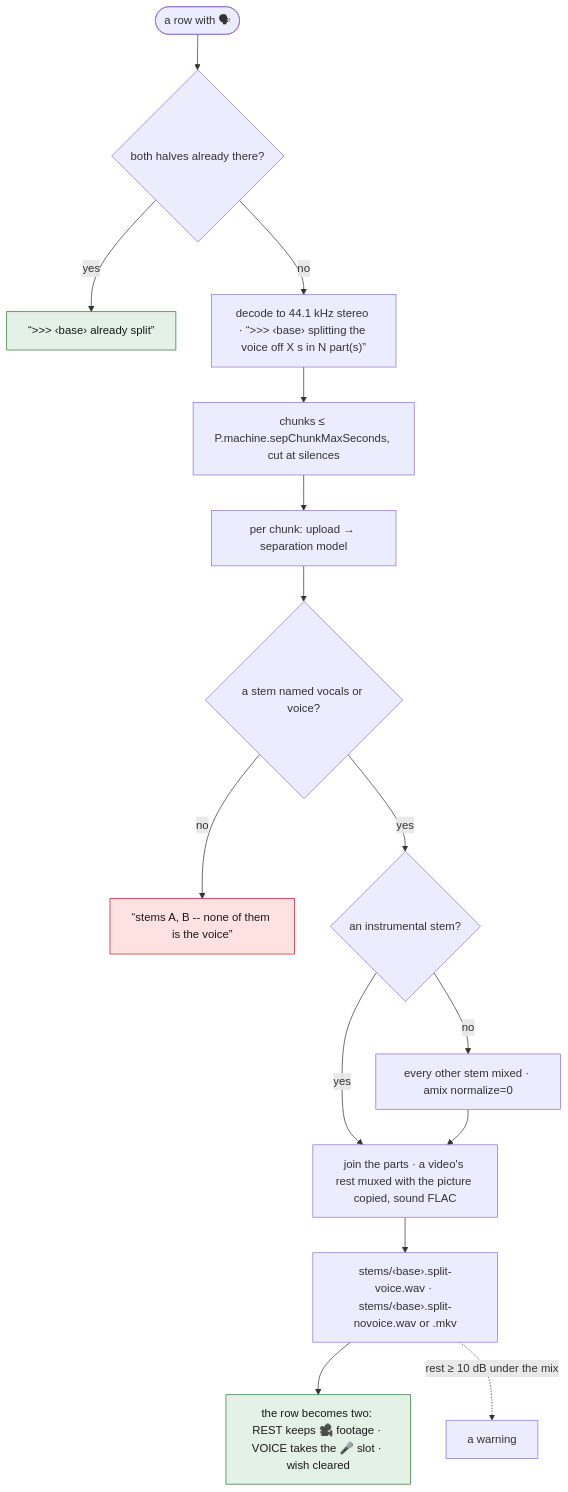
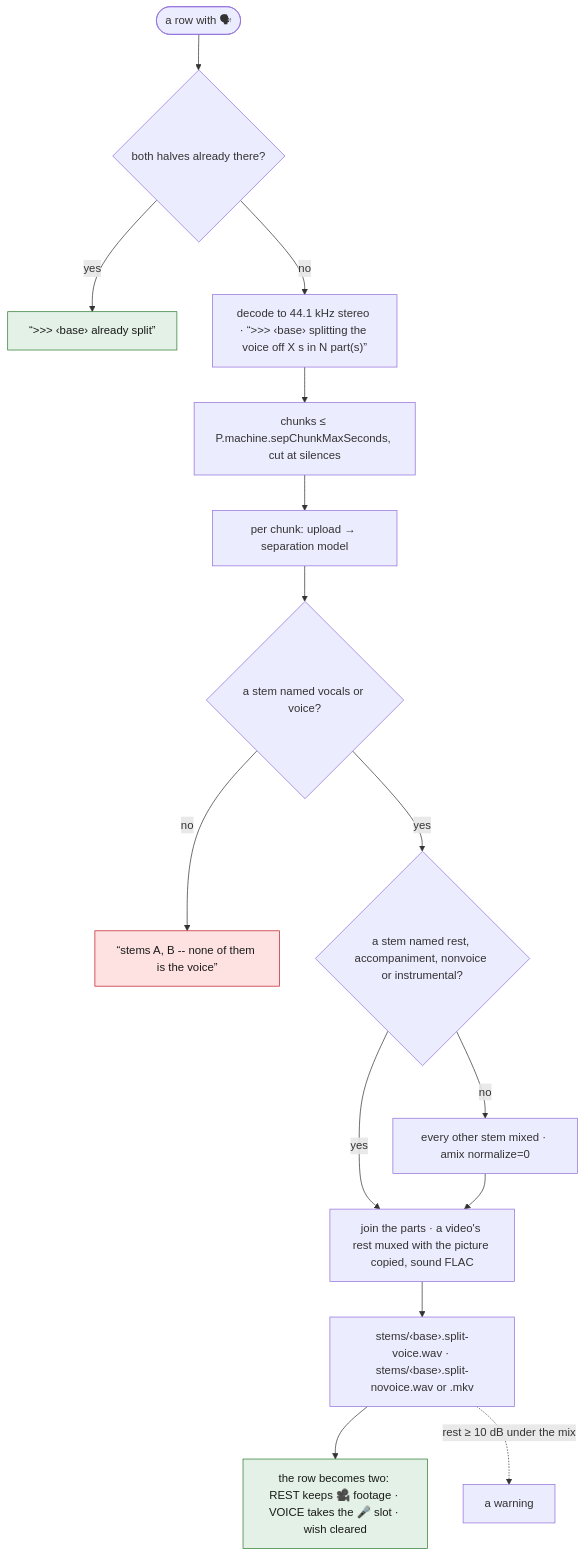
Before and after one commit to tbocek/naivepost: the second of 12 diagrams in spec/04-prepare.md, drawn with Mermaid. The commit also changed other lines of this file and 21 other files, not shown here.

````diff
--- a/spec/04-prepare.md
+++ b/spec/04-prepare.md
@@ -63,20 +63,20 @@
 ```mermaid
 flowchart TD
   A(["a row with 🗣"]) --> H{"both halves already there?"}
   H -- yes --> SK["“>>> ‹base› already split”"]:::done
   H -- no --> DEC["decode to 44.1 kHz stereo · “>>> ‹base› splitting the voice off X s in N part(s)”"]
   DEC --> CH["chunks ≤ P.machine.sepChunkMaxSeconds, cut at silences"]
   CH --> RUN["per chunk: upload → separation model"]
   RUN --> V{"a stem named vocals or voice?"}
   V -- no --> R["“stems A, B -- none of them is the voice”"]:::refuse
-  V -- yes --> REST{"an instrumental stem?"}
+  V -- yes --> REST{"a stem named rest, accompaniment, nonvoice or instrumental?"}
   REST -- yes --> J
   REST -- no --> MIX["every other stem mixed · amix normalize=0"] --> J
   J["join the parts · a video's rest muxed with the picture copied, sound FLAC"]
   J --> W["stems/‹base›.split-voice.wav · stems/‹base›.split-novoice.wav or .mkv"]
   W --> ROWS["the row becomes two: REST keeps 🎥 footage · VOICE takes the 🎤 slot · wish cleared"]:::done
   W -. rest ≥ 10 dB under the mix .-> WARN["a warning"]
   classDef refuse fill:#fde2e1,stroke:#c01c28,color:#1a1a1a
   classDef done fill:#e3f1e6,stroke:#2e7d32,color:#1a1a1a
   classDef ask fill:#e8eefc,stroke:#3a63c8,color:#1a1a1a
 ```
````
